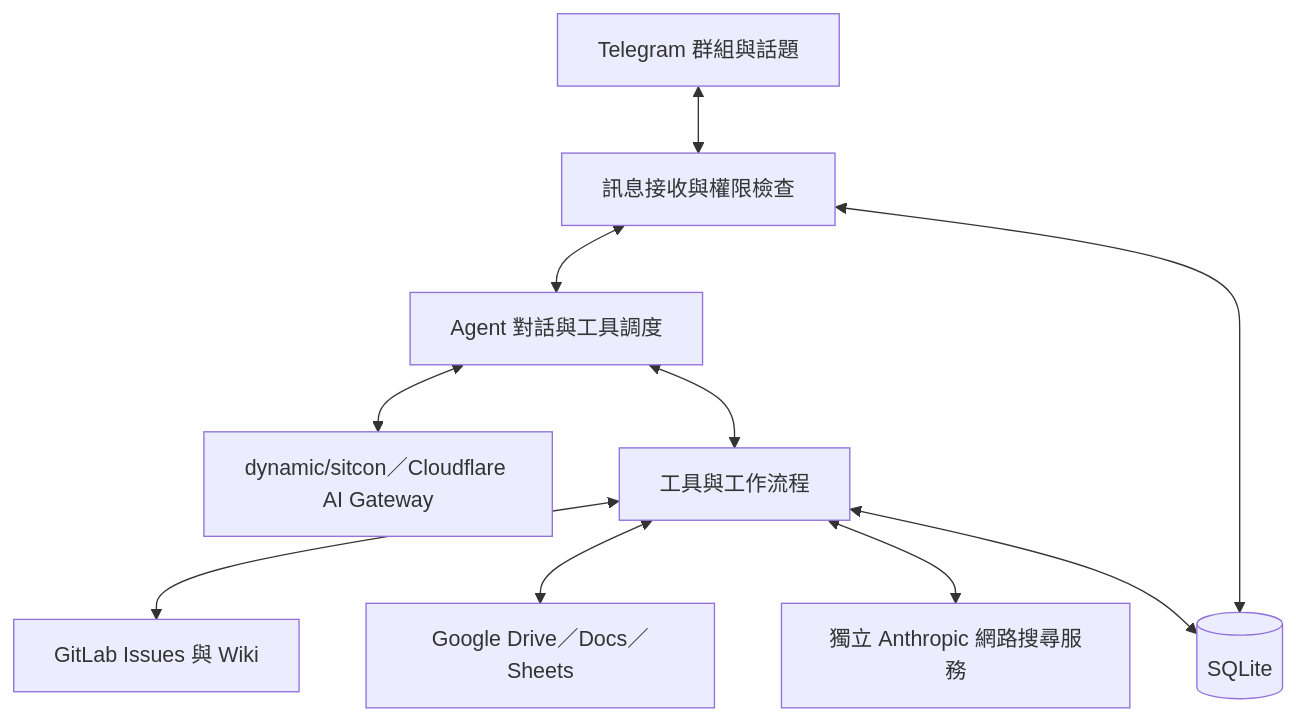
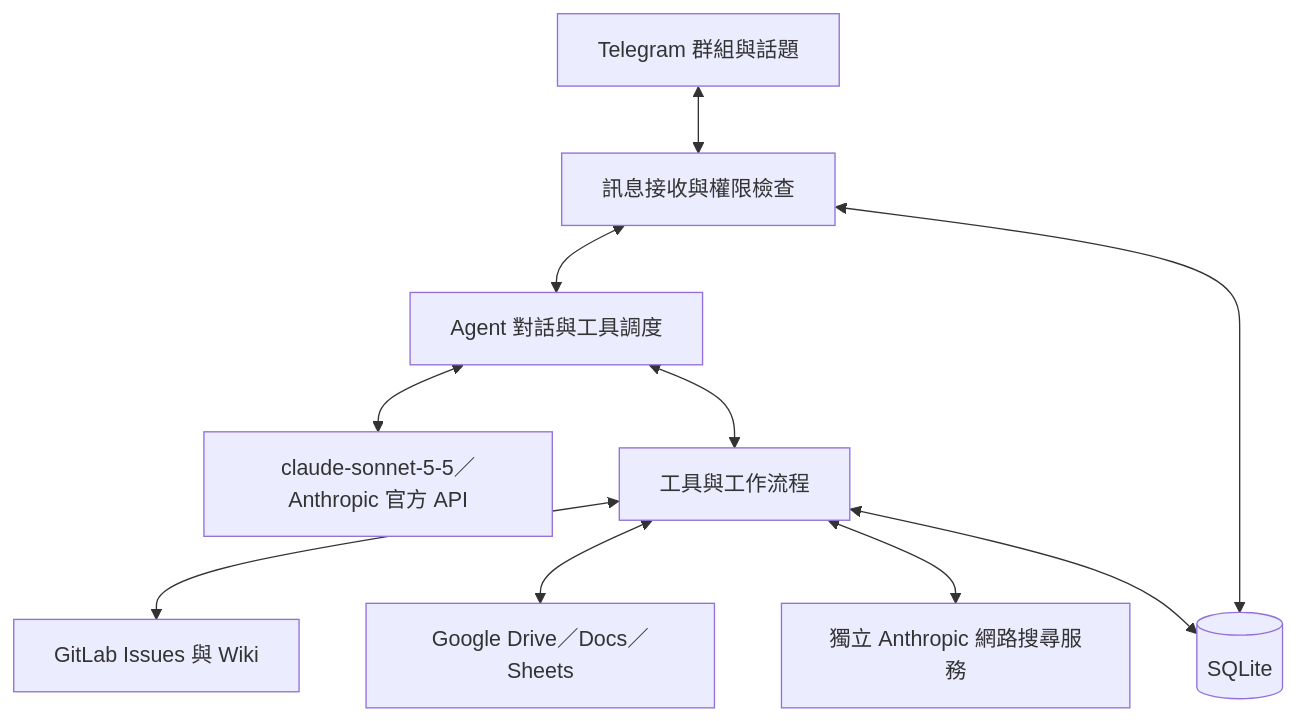
One commit to tw-yuan/sitcon-editor-helper-help changed the diagram in README.md. Above: the diagram before and after it, drawn with Mermaid. The commit also changed other lines of this file and 5 other files, not shown here.

First line of the commit message:
feat: switch LLM and web search to the official Anthropic API (claude-sonnet-5-5)

````diff
--- a/README.md
+++ b/README.md
@@ -53,12 +53,12 @@
 ```mermaid
 flowchart TD
     Telegram[Telegram 群組與話題] <--> Gateway[訊息接收與權限檢查]
     Gateway <--> Agent[Agent 對話與工具調度]
-    Agent <--> LLM[dynamic/sitcon／Cloudflare AI Gateway]
+    Agent <--> LLM[claude-sonnet-5-5／Anthropic 官方 API]
     Agent <--> Tools[工具與工作流程]
     Tools <--> GitLab[GitLab Issues 與 Wiki]
     Tools <--> Google[Google Drive／Docs／Sheets]
     Tools <--> Search[獨立 Anthropic 網路搜尋服務]
     Gateway <--> Store[(SQLite)]
     Tools <--> Store
 ```
````
